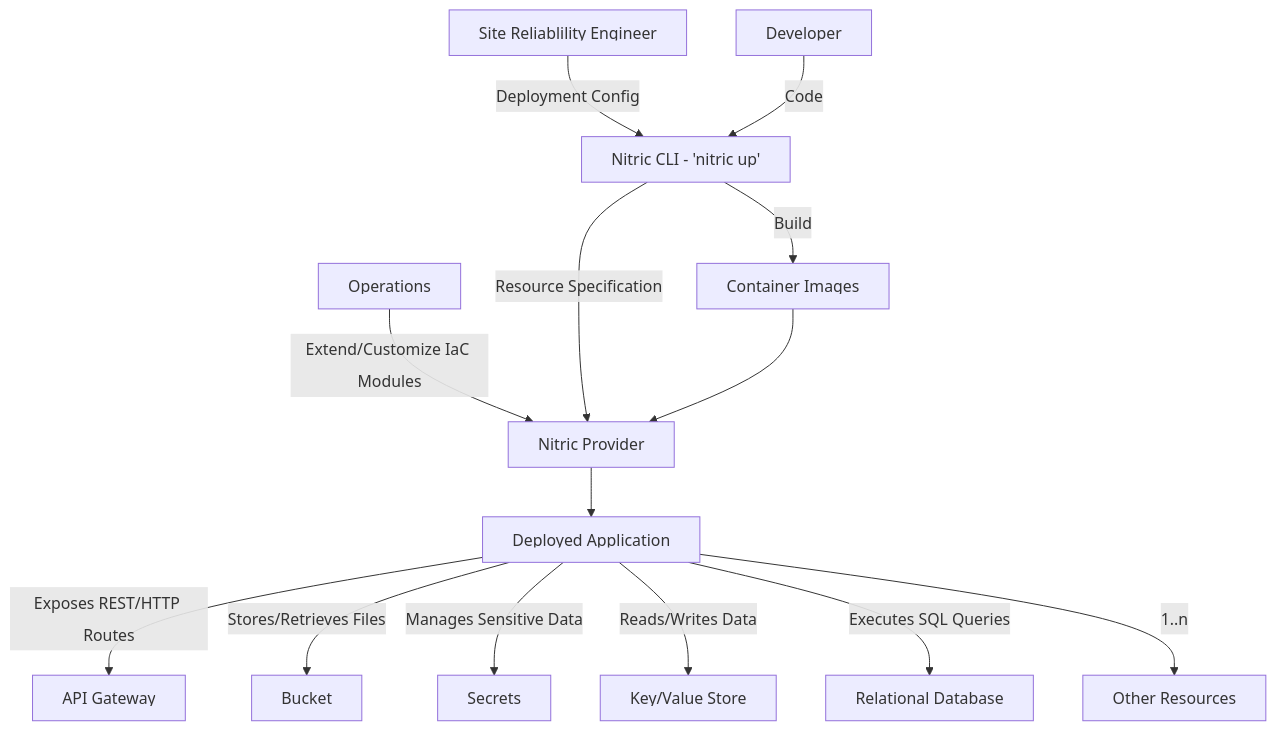
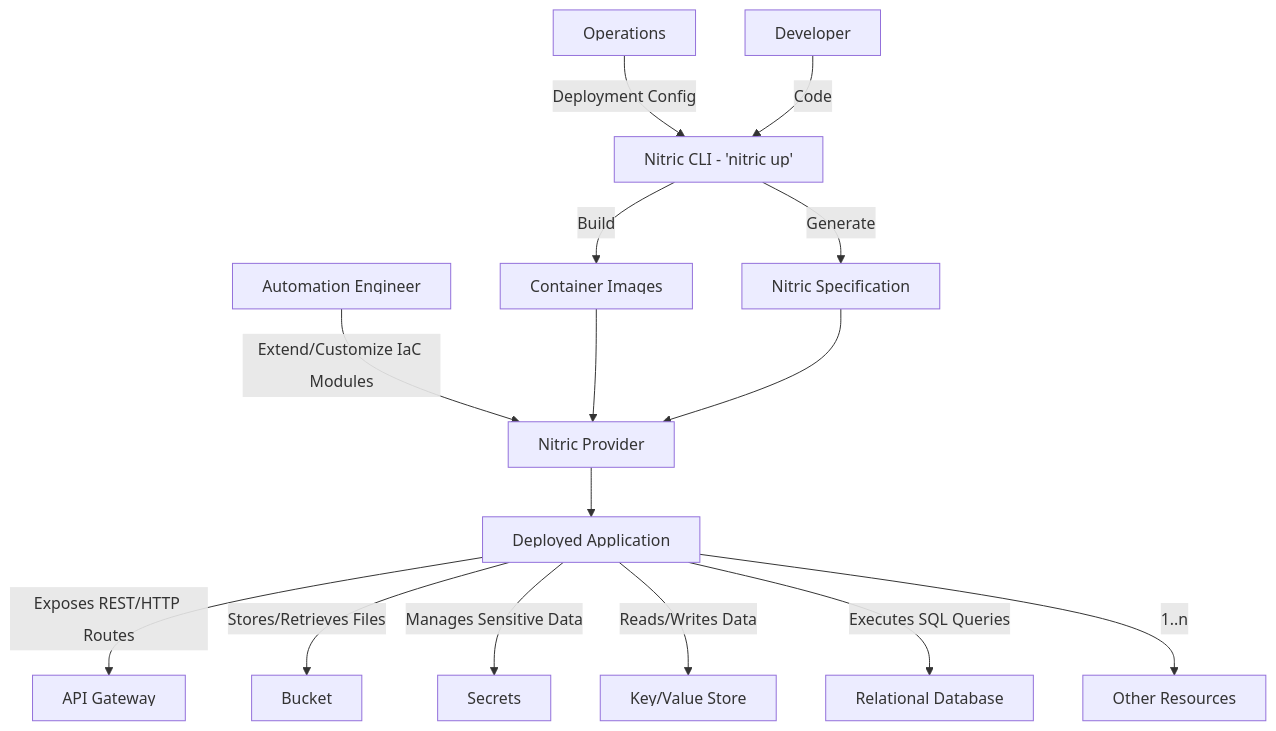
Before and after one commit to nitrictech/docs: the first of 5 diagrams in docs/architecture/index.mdx, drawn with Mermaid. The commit also changed other lines of this file, not shown here.

Commit message:
update architecture over page

````diff
--- a/docs/architecture/index.mdx
+++ b/docs/architecture/index.mdx
@@ -16,35 +24,37 @@
 ```mermaid
 flowchart TD
     Developer[Developer]
+    Automation[Automation Engineer]
     Operations[Operations]
-    SRE[Site Reliablility Engineer]
     App[Deployed Application]
     CLI[Nitric CLI - 'nitric up']
     Provider[Nitric Provider]
     Container[Container Images]
+    NitricSpec[Nitric Specification]
 
     API[API Gateway]
     Bucket[Bucket]
     Secrets[Secrets]
     KVStore[Key/Value Store]
     RDS[Relational Database]
     Other[Other Resources]
 
-    SRE -->|Deployment Config| CLI
+    Operations -->|Deployment Config| CLI
     Developer -->|Code| CLI
-    Operations -->|Extend/Customize IaC Modules| Provider
-    CLI -->|Resource Specification| Provider
+    Automation -->|Extend/Customize IaC Modules| Provider
+    CLI -->|Generate| NitricSpec
     CLI -->|Build| Container
     Provider -->App
     Container -->Provider
+    NitricSpec -->Provider
 
     App -->|Exposes REST/HTTP Routes| API
     App -->|Stores/Retrieves Files| Bucket
     App -->|Manages Sensitive Data| Secrets
     App -->|Reads/Writes Data| KVStore
     App -->|Executes SQL Queries| RDS
     App -->|1..n|Other
 
 classDef default line-height:1;
 classDef edgeLabel line-height:2;
 ```
````
